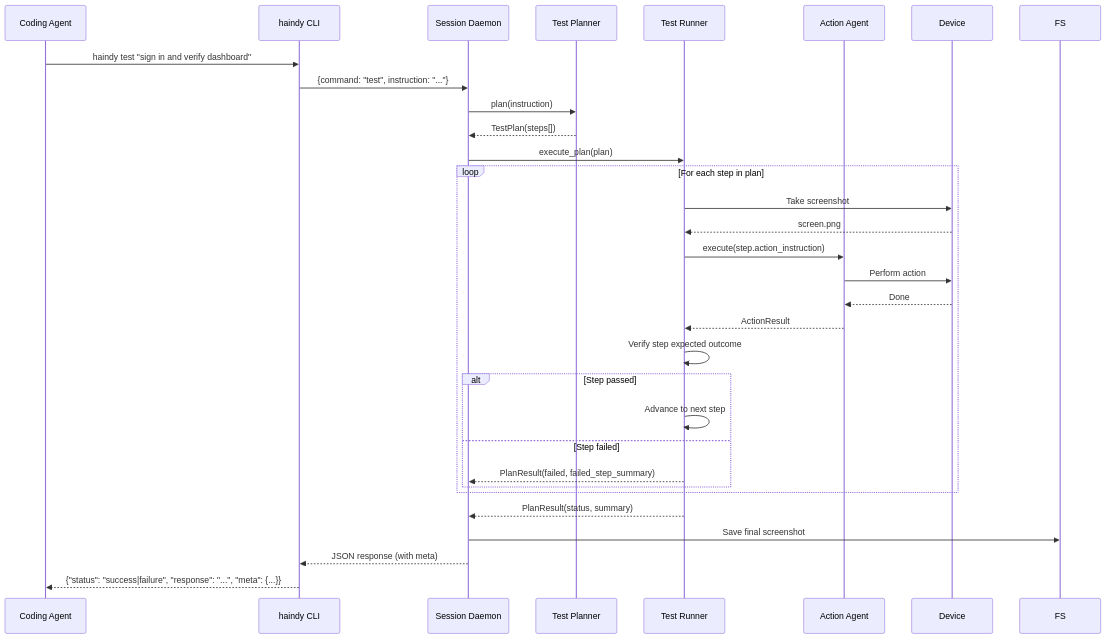
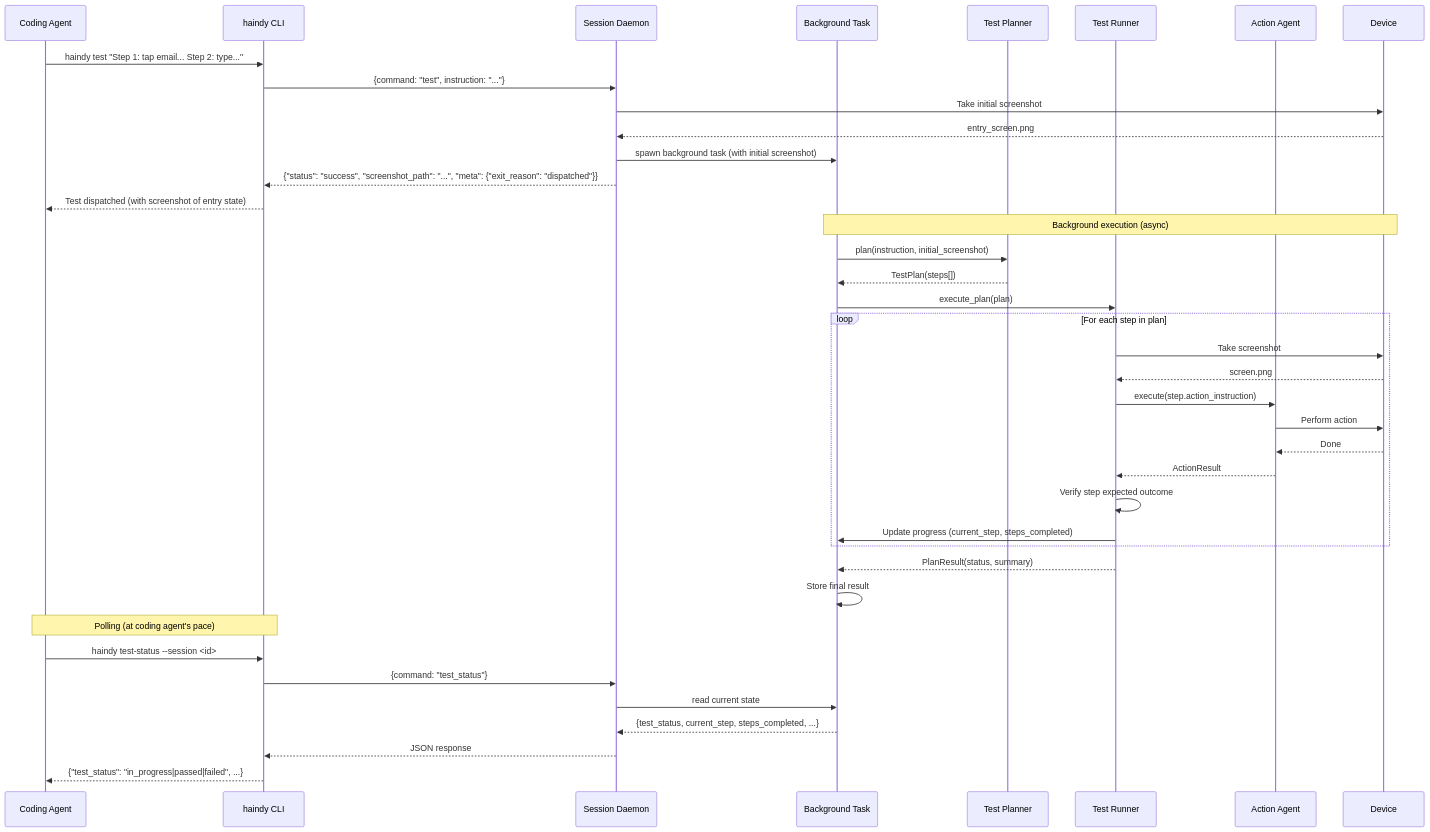
The fourth of 5 diagrams in docs/design/tool-call-mode/SESSION_DAEMON.md (Haindy/haindy), drawn with Mermaid before and after one commit. The commit also changed other lines of this file and 3 other files, not shown here.

````diff
--- a/docs/design/tool-call-mode/SESSION_DAEMON.md
+++ b/docs/design/tool-call-mode/SESSION_DAEMON.md
@@ -101,36 +114,46 @@
 ```mermaid
 sequenceDiagram
     participant CA as Coding Agent
     participant CLI as haindy CLI
     participant D as Session Daemon
+    participant BG as Background Task
     participant TP as Test Planner
     participant TR as Test Runner
     participant AA as Action Agent
     participant DEV as Device
 
-    CA->>CLI: haindy test "sign in and verify dashboard"
+    CA->>CLI: haindy test "Step 1: tap email... Step 2: type..."
     CLI->>D: {command: "test", instruction: "..."}
-    D->>TP: plan(instruction)
-    TP-->>D: TestPlan(steps[])
-    D->>TR: execute_plan(plan)
+    D->>DEV: Take initial screenshot
+    DEV-->>D: entry_screen.png
+    D->>BG: spawn background task (with initial screenshot)
+    D-->>CLI: {"status": "success", "screenshot_path": "...", "meta": {"exit_reason": "dispatched"}}
+    CLI-->>CA: Test dispatched (with screenshot of entry state)
+
+    Note over BG,DEV: Background execution (async)
+    BG->>TP: plan(instruction, initial_screenshot)
+    TP-->>BG: TestPlan(steps[])
+    BG->>TR: execute_plan(plan)
 
     loop For each step in plan
         TR->>DEV: Take screenshot
         DEV-->>TR: screen.png
         TR->>AA: execute(step.action_instruction)
         AA->>DEV: Perform action
         DEV-->>AA: Done
         AA-->>TR: ActionResult
         TR->>TR: Verify step expected outcome
-        alt Step passed
-            TR->>TR: Advance to next step
-        else Step failed
-            TR-->>D: PlanResult(failed, failed_step_summary)
-        end
+        TR->>BG: Update progress (current_step, steps_completed)
     end
 
-    TR-->>D: PlanResult(status, summary)
-    D->>FS: Save final screenshot
-    D-->>CLI: JSON response (with meta)
-    CLI-->>CA: {"status": "success|failure", "response": "...", "meta": {...}}
+    TR-->>BG: PlanResult(status, summary)
+    BG->>BG: Store final result
+
+    Note over CA,CLI: Polling (at coding agent's pace)
+    CA->>CLI: haindy test-status --session <id>
+    CLI->>D: {command: "test_status"}
+    D->>BG: read current state
+    BG-->>D: {test_status, current_step, steps_completed, ...}
+    D-->>CLI: JSON response
+    CLI-->>CA: {"test_status": "in_progress|passed|failed", ...}
 ```
````
